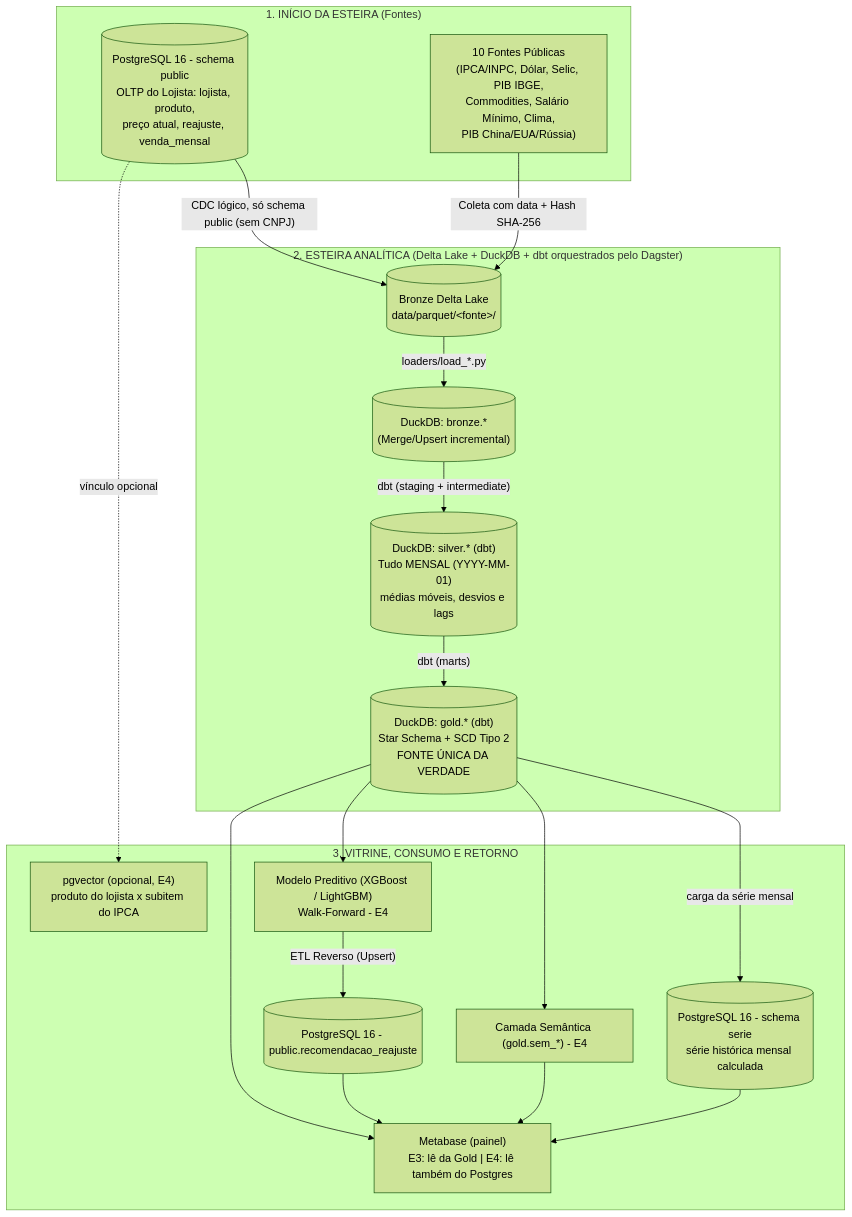
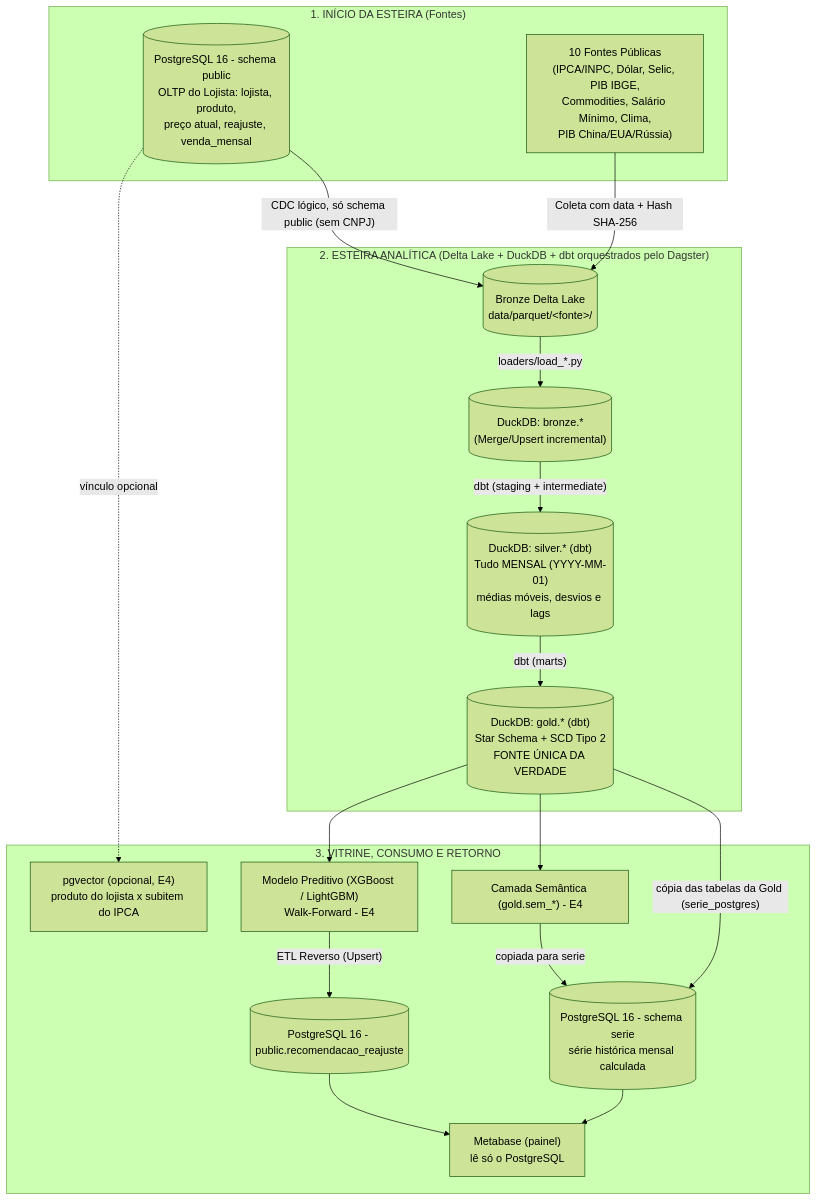
Before and after one commit to Bappoz/inflatrack: the first of 2 diagrams in PLAN_E3_E4.md, drawn with Mermaid (forest theme). The commit also changed other lines of this file, not shown here.

````diff
--- a/PLAN_E3_E4.md
+++ b/PLAN_E3_E4.md
@@ -79,38 +79,37 @@
 ```mermaid
 flowchart TB
     subgraph Inicio["1. INÍCIO DA ESTEIRA (Fontes)"]
         PG_In[("PostgreSQL 16 - schema public<br/>OLTP do Lojista: lojista, produto,<br/>preço atual, reajuste, venda_mensal")]
         APIs["10 Fontes Públicas<br/>(IPCA/INPC, Dólar, Selic, PIB IBGE,<br/>Commodities, Salário Mínimo, Clima,<br/>PIB China/EUA/Rússia)"]
     end
 
     subgraph Lakehouse["2. ESTEIRA ANALÍTICA (Delta Lake + DuckDB + dbt orquestrados pelo Dagster)"]
         Delta[("Bronze Delta Lake<br/>data/parquet/&lt;fonte&gt;/")]
         DuckBronze[("DuckDB: bronze.*<br/>(Merge/Upsert incremental)")]
         DuckSilver[("DuckDB: silver.* (dbt)<br/>Tudo MENSAL (YYYY-MM-01)<br/>médias móveis, desvios e lags")]
         DuckGold[("DuckDB: gold.* (dbt)<br/>Star Schema + SCD Tipo 2<br/>FONTE ÚNICA DA VERDADE")]
     end
 
     subgraph Saida["3. VITRINE, CONSUMO E RETORNO"]
         PG_Serie[("PostgreSQL 16 - schema serie<br/>série histórica mensal calculada")]
         Semantica["Camada Semântica (gold.sem_*) - E4"]
         ML["Modelo Preditivo (XGBoost / LightGBM)<br/>Walk-Forward - E4"]
         PG_Rec[("PostgreSQL 16 - public.recomendacao_reajuste")]
-        Metabase["Metabase (painel)<br/>E3: lê da Gold | E4: lê também do Postgres"]
+        Metabase["Metabase (painel)<br/>lê só o PostgreSQL"]
         Vet["pgvector (opcional, E4)<br/>produto do lojista x subitem do IPCA"]
     end
 
     PG_In -->|"CDC lógico, só schema public (sem CNPJ)"| Delta
     APIs -->|"Coleta com data + Hash SHA-256"| Delta
     Delta -->|"loaders/load_*.py"| DuckBronze
     DuckBronze -->|"dbt (staging + intermediate)"| DuckSilver
     DuckSilver -->|"dbt (marts)"| DuckGold
-    DuckGold -->|"carga da série mensal"| PG_Serie
+    DuckGold -->|"cópia das tabelas da Gold (serie_postgres)"| PG_Serie
     DuckGold --> Semantica
     DuckGold --> ML
-    DuckGold --> Metabase
     ML -->|"ETL Reverso (Upsert)"| PG_Rec
-    Semantica --> Metabase
+    Semantica -->|"copiada para serie"| PG_Serie
     PG_Serie --> Metabase
     PG_Rec --> Metabase
     PG_In -.->|"vínculo opcional"| Vet
 ```
````
